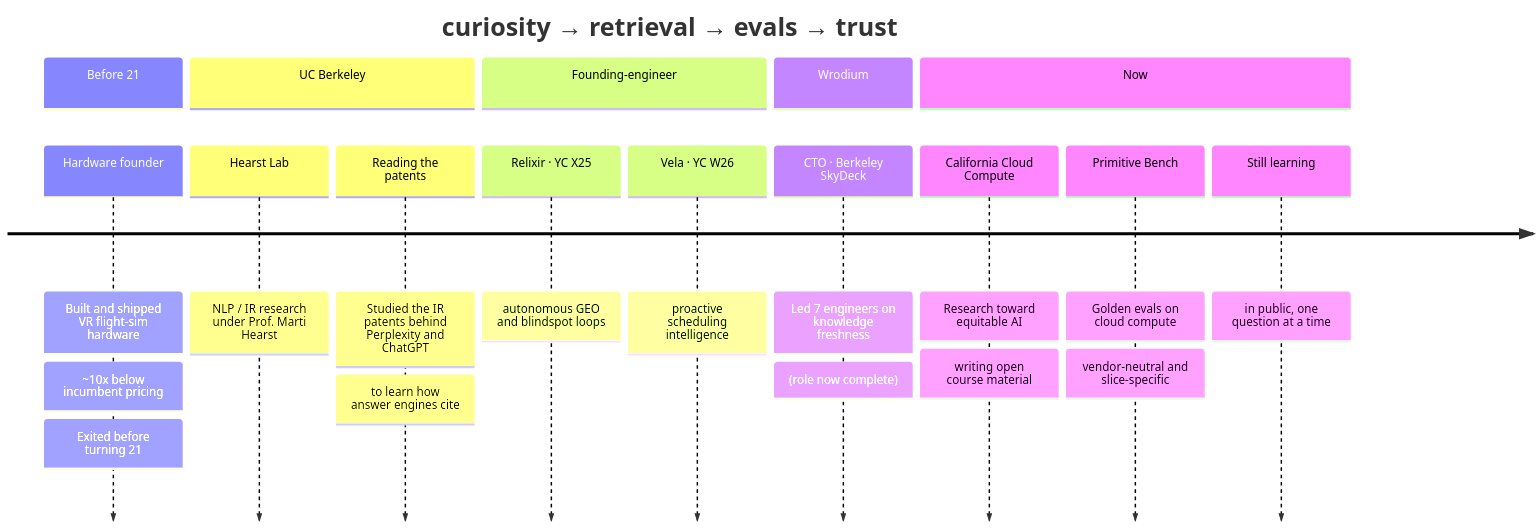
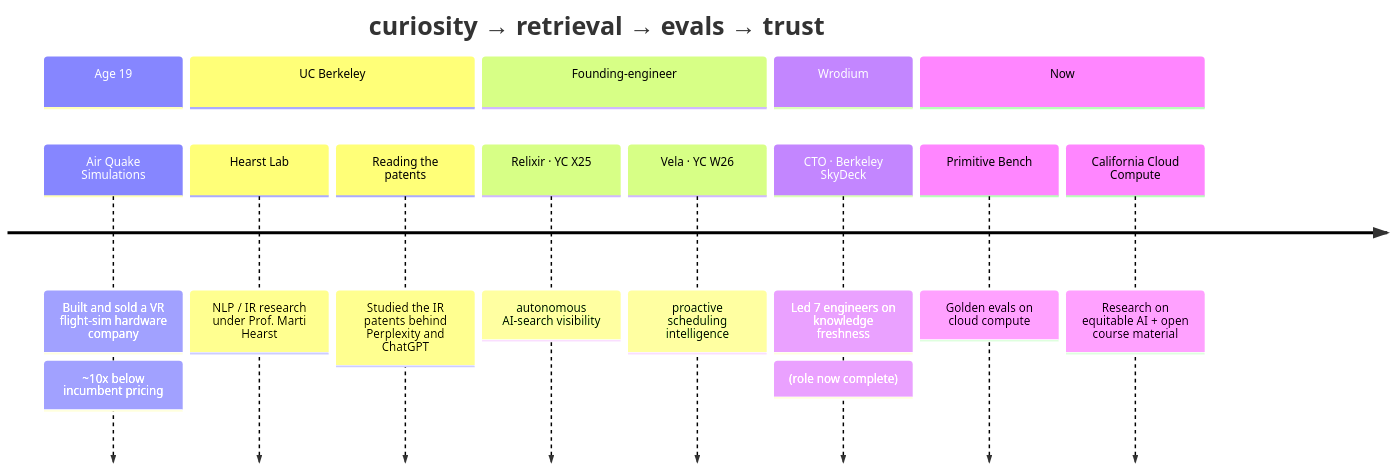
The first of 2 diagrams in README.md (arlenk2021/arlenk2021), drawn with Mermaid before and after one commit. The commit also changed other lines of this file, not shown here.

````diff
--- a/README.md
+++ b/README.md
@@ -64,18 +114,17 @@
 ```mermaid
 timeline
     title  curiosity → retrieval → evals → trust
-    section Before 21
-        Hardware founder : Built and shipped VR flight-sim hardware : ~10x below incumbent pricing : Exited before turning 21
+    section Age 19
+        Air Quake Simulations : Built and sold a VR flight-sim hardware company : ~10x below incumbent pricing
     section UC Berkeley
         Hearst Lab : NLP / IR research under Prof. Marti Hearst
-        Reading the patents : Studied the IR patents behind Perplexity and ChatGPT : to learn how answer engines cite
+        Reading the patents : Studied the IR patents behind Perplexity and ChatGPT
     section Founding-engineer
-        Relixir · YC X25 : autonomous GEO and blindspot loops
+        Relixir · YC X25 : autonomous AI-search visibility
         Vela · YC W26 : proactive scheduling intelligence
     section Wrodium
         CTO · Berkeley SkyDeck : Led 7 engineers on knowledge freshness : (role now complete)
     section Now
-        California Cloud Compute : Research toward equitable AI : writing open course material
-        Primitive Bench : Golden evals on cloud compute : vendor-neutral and slice-specific
-        Still learning : in public, one question at a time
+        Primitive Bench : Golden evals on cloud compute
+        California Cloud Compute : Research on equitable AI + open course material
 ```
````
